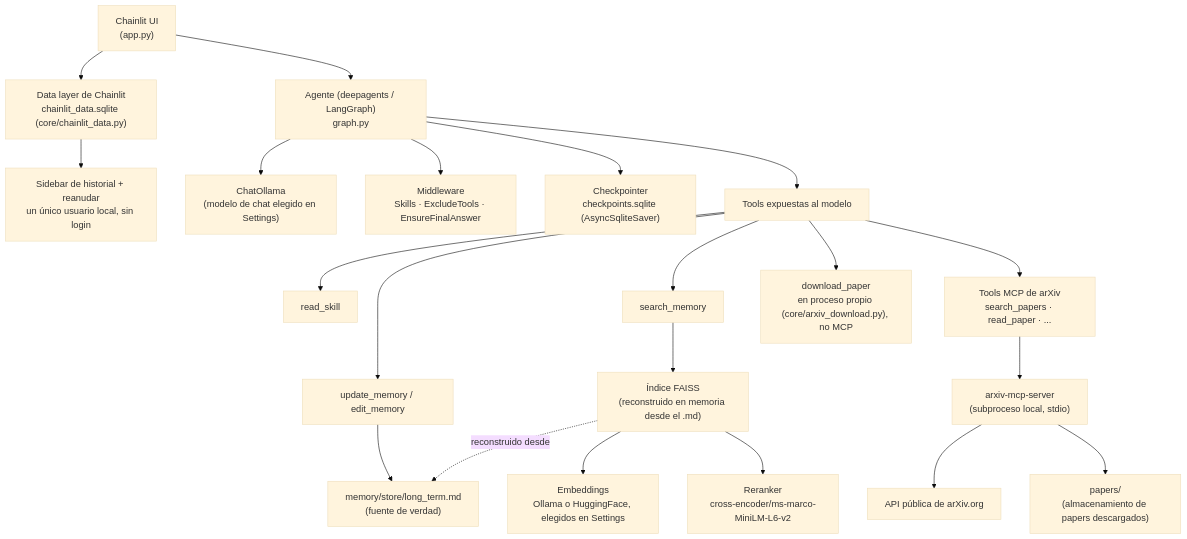
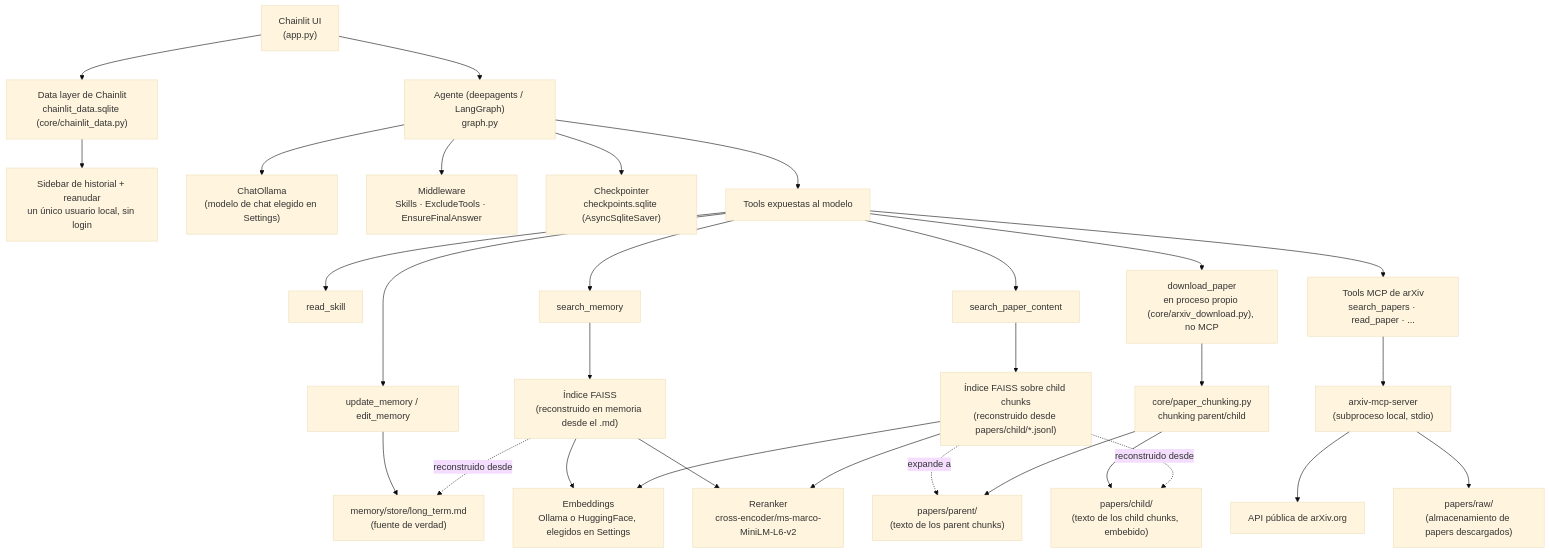
One commit to nathanielcr96/AInstein-Local-Research-Agent changed the diagram in chainlit_es.md. Above: the diagram before and after it, drawn with Mermaid (base theme). The commit also changed other lines of this file and 14 other files, not shown here.

````diff
--- a/chainlit_es.md
+++ b/chainlit_es.md
@@ -76,28 +78,39 @@
 ```mermaid
 flowchart TD
     UI["Chainlit UI<br/>(app.py)"] --> Agent["Agente (deepagents / LangGraph)<br/>graph.py"]
     UI --> DataLayer["Data layer de Chainlit<br/>chainlit_data.sqlite (core/chainlit_data.py)"]
     DataLayer --> History["Sidebar de historial + reanudar<br/>un único usuario local, sin login"]
 
     Agent --> LLM["ChatOllama<br/>(modelo de chat elegido en Settings)"]
     Agent --> MW["Middleware<br/>Skills · ExcludeTools · EnsureFinalAnswer"]
     Agent --> CKPT["Checkpointer<br/>checkpoints.sqlite (AsyncSqliteSaver)"]
 
     Agent --> Tools["Tools expuestas al modelo"]
     Tools --> ReadSkill["read_skill"]
     Tools --> UpdateMem["update_memory / edit_memory"]
     Tools --> SearchMem["search_memory"]
+    Tools --> SearchPaperContent["search_paper_content"]
     Tools --> ArxivTools["Tools MCP de arXiv<br/>search_papers · read_paper · ..."]
     Tools --> CustomDownload["download_paper<br/>en proceso propio (core/arxiv_download.py), no MCP"]
 
     SearchMem --> FAISS["Índice FAISS<br/>(reconstruido en memoria desde el .md)"]
     FAISS --> Embeddings["Embeddings<br/>Ollama o HuggingFace, elegidos en Settings"]
     FAISS --> Reranker["Reranker<br/>cross-encoder/ms-marco-MiniLM-L6-v2"]
 
+    SearchPaperContent --> ChildFAISS["Índice FAISS sobre child chunks<br/>(reconstruido desde papers/child/*.jsonl)"]
+    ChildFAISS --> Embeddings
+    ChildFAISS --> Reranker
+    ChildFAISS -. expande a .-> ParentDir["papers/parent/<br/>(texto de los parent chunks)"]
+
     UpdateMem --> MDFile["memory/store/long_term.md<br/>(fuente de verdad)"]
     FAISS -. reconstruido desde .-> MDFile
 
+    CustomDownload --> Chunking["core/paper_chunking.py<br/>chunking parent/child"]
+    Chunking --> ParentDir
+    Chunking --> ChildDir["papers/child/<br/>(texto de los child chunks, embebido)"]
+    ChildFAISS -. reconstruido desde .-> ChildDir
+
     ArxivTools --> MCP["arxiv-mcp-server<br/>(subproceso local, stdio)"]
     MCP --> ArxivAPI["API pública de arXiv.org"]
-    MCP --> PapersDir["papers/<br/>(almacenamiento de papers descargados)"]
+    MCP --> PapersDir["papers/raw/<br/>(almacenamiento de papers descargados)"]
 ```
````
